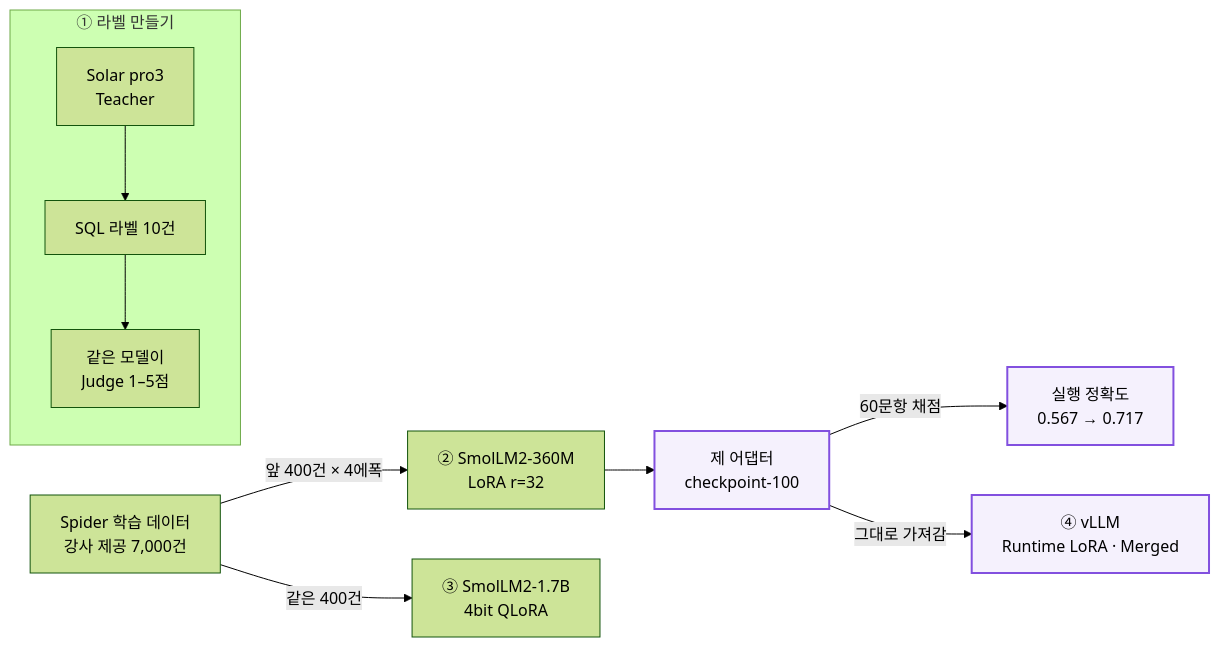
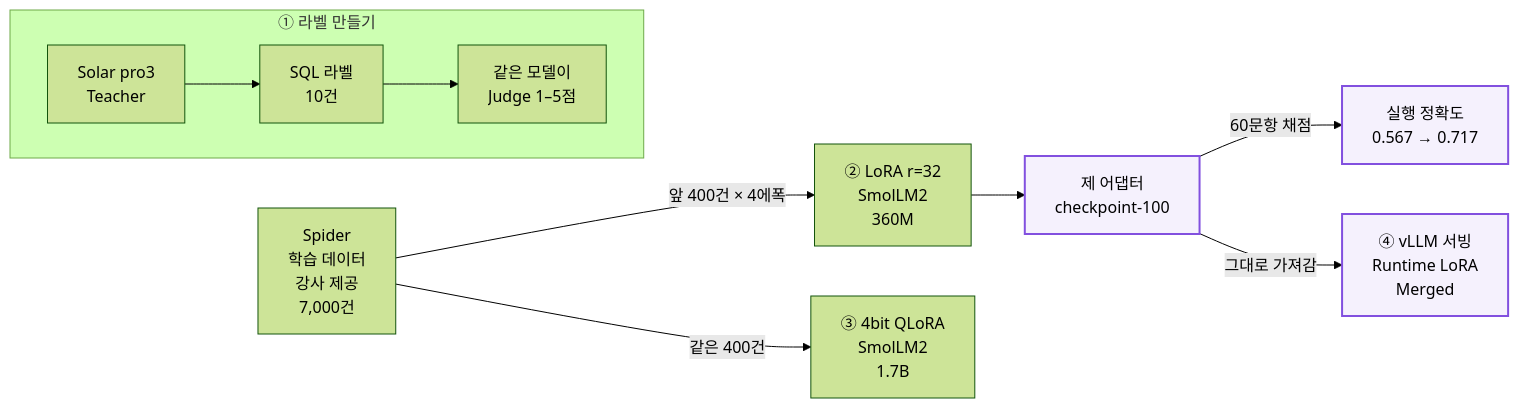
Before and after one commit to handongin1500/handongin1500: the second of 2 diagrams in AI_PORTFOLIO.md, drawn with Mermaid (forest theme). The commit also changed other lines of this file and 1 other file, not shown here.

````diff
--- a/AI_PORTFOLIO.md
+++ b/AI_PORTFOLIO.md
@@ -257,13 +258,14 @@
 ```mermaid
 flowchart LR
   subgraph S1["① 라벨 만들기"]
-    T["Solar pro3<br/>Teacher"] --> L["SQL 라벨 10건"] --> J["같은 모델이<br/>Judge 1–5점"]
+    direction LR
+    T["Solar pro3<br/>Teacher"] --> L["SQL 라벨<br/>10건"] --> J["같은 모델이<br/>Judge 1–5점"]
   end
-  D["Spider 학습 데이터<br/>강사 제공 7,000건"] -->|"앞 400건 × 4에폭"| A["② SmolLM2-360M<br/>LoRA r=32"]
+  D["Spider<br/>학습 데이터<br/>강사 제공<br/>7,000건"] -->|"앞 400건 × 4에폭"| A["② LoRA r=32<br/>SmolLM2<br/>360M"]
   A --> AD["제 어댑터<br/>checkpoint-100"]
   AD -->|"60문항 채점"| EV["실행 정확도<br/>0.567 → 0.717"]
-  D -->|"같은 400건"| Q["③ SmolLM2-1.7B<br/>4bit QLoRA"]
-  AD -->|"그대로 가져감"| V["④ vLLM<br/>Runtime LoRA · Merged"]
+  D -->|"같은 400건"| Q["③ 4bit QLoRA<br/>SmolLM2<br/>1.7B"]
+  AD -->|"그대로 가져감"| V["④ vLLM 서빙<br/>Runtime LoRA<br/>Merged"]
   classDef mine fill:#8250DF14,stroke:#8250DF,stroke-width:2px
   class AD,EV,V mine
 ```
````
